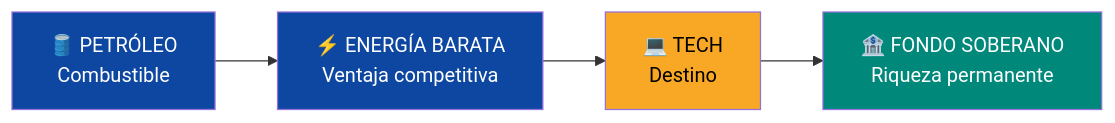
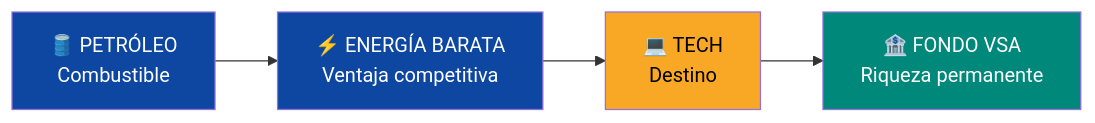
One commit to Venezuela-S-A/venezuela-sa changed the second of 4 diagrams in docs/08-pitch/pitch-deck.md. Above: the diagram before and after it, drawn with Mermaid. The commit also changed other lines of this file and 49 other files, not shown here.

````diff
--- a/docs/08-pitch/pitch-deck.md
+++ b/docs/08-pitch/pitch-deck.md
@@ -51,11 +51,11 @@
 ```mermaid
 flowchart LR
     A["🛢️ PETRÓLEO<br/>Combustible"] --> B["⚡ ENERGÍA BARATA<br/>Ventaja competitiva"]
     B --> C["💻 TECH<br/>Destino"]
-    C --> D["🏦 FONDO SOBERANO<br/>Riqueza permanente"]
+    C --> D["🏦 FONDO VSA<br/>Riqueza permanente"]
 
     style A fill:#0D47A1,color:#fff
     style B fill:#0D47A1,color:#fff
     style C fill:#F9A825,color:#000
     style D fill:#00897B,color:#fff
 ```
````
